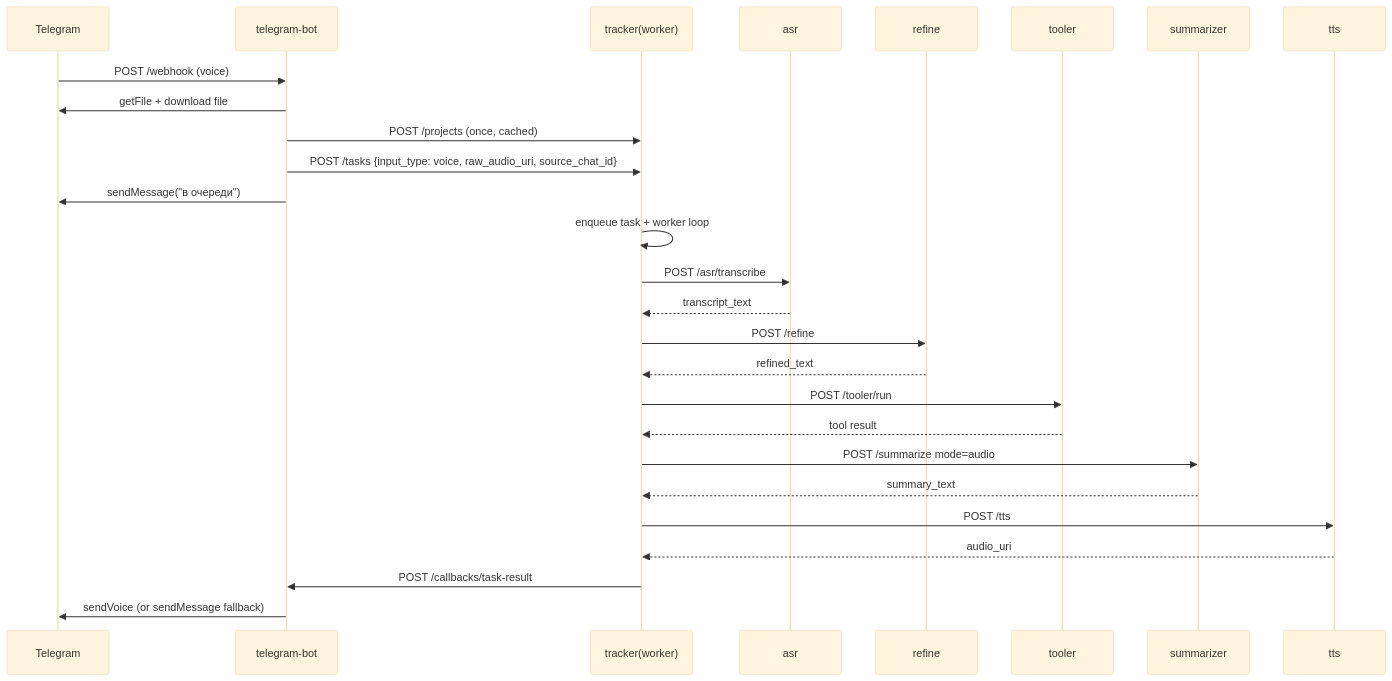
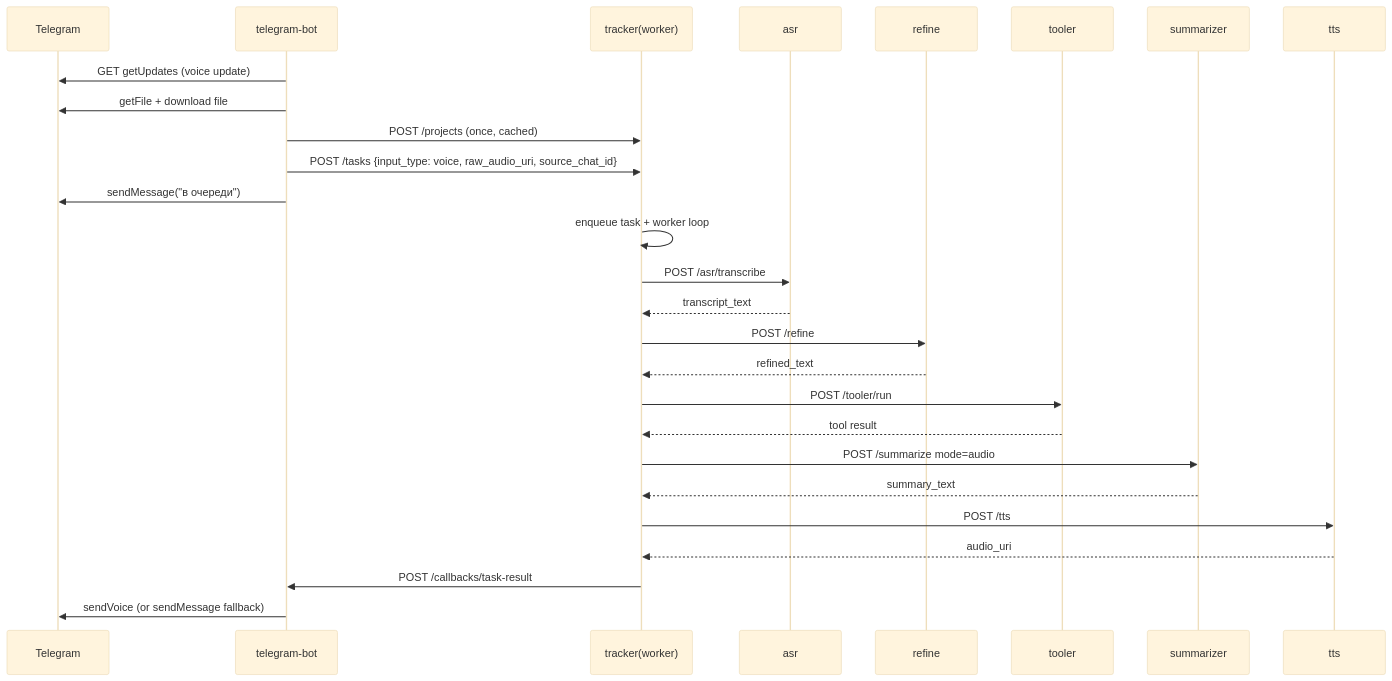
One commit to heartattack1/rta changed the second of 5 diagrams in README.md. Above: the diagram before and after it, drawn with Mermaid (base theme). The commit also changed other lines of this file and 3 other files, not shown here.

````diff
--- a/README.md
+++ b/README.md
@@ -58,31 +58,31 @@
 ```mermaid
 sequenceDiagram
     participant TG as Telegram
     participant BOT as telegram-bot
     participant TR as tracker(worker)
     participant ASR as asr
     participant RF as refine
     participant TL as tooler
     participant SM as summarizer
     participant TTS as tts
 
-    TG->>BOT: POST /webhook (voice)
+    BOT->>TG: GET getUpdates (voice update)
     BOT->>TG: getFile + download file
     BOT->>TR: POST /projects (once, cached)
     BOT->>TR: POST /tasks {input_type: voice, raw_audio_uri, source_chat_id}
     BOT->>TG: sendMessage("в очереди")
 
     TR->>TR: enqueue task + worker loop
     TR->>ASR: POST /asr/transcribe
     ASR-->>TR: transcript_text
     TR->>RF: POST /refine
     RF-->>TR: refined_text
     TR->>TL: POST /tooler/run
     TL-->>TR: tool result
     TR->>SM: POST /summarize mode=audio
     SM-->>TR: summary_text
     TR->>TTS: POST /tts
     TTS-->>TR: audio_uri
     TR->>BOT: POST /callbacks/task-result
     BOT->>TG: sendVoice (or sendMessage fallback)
 ```
````
